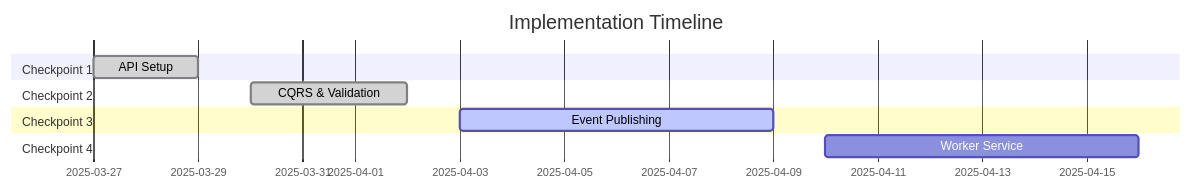
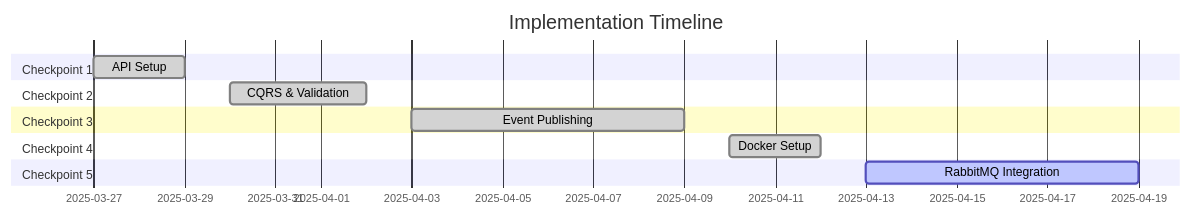
The third of 3 diagrams in memory-bank/progress.md (hackathon-nstech/database-nsdocs-consumption-module), drawn with Mermaid before and after one commit. The commit also changed other lines of this file and 76 other files, not shown here.

````diff
--- a/memory-bank/progress.md
+++ b/memory-bank/progress.md
@@ -146,17 +195,20 @@
 ```mermaid
 gantt
     title Implementation Timeline
     dateFormat YYYY-MM-DD
     
     section Checkpoint 1
     API Setup :done, 2025-03-27, 2025-03-29
     
     section Checkpoint 2
     CQRS & Validation :done, 2025-03-30, 2025-04-02
     
     section Checkpoint 3
-    Event Publishing :active, 2025-04-03, 2025-04-09
+    Event Publishing :done, 2025-04-03, 2025-04-09
     
     section Checkpoint 4
-    Worker Service :2025-04-10, 2025-04-16
+    Docker Setup :done, 2025-04-10, 2025-04-12
+    
+    section Checkpoint 5
+    RabbitMQ Integration :active, 2025-04-13, 2025-04-19
 ```
````
